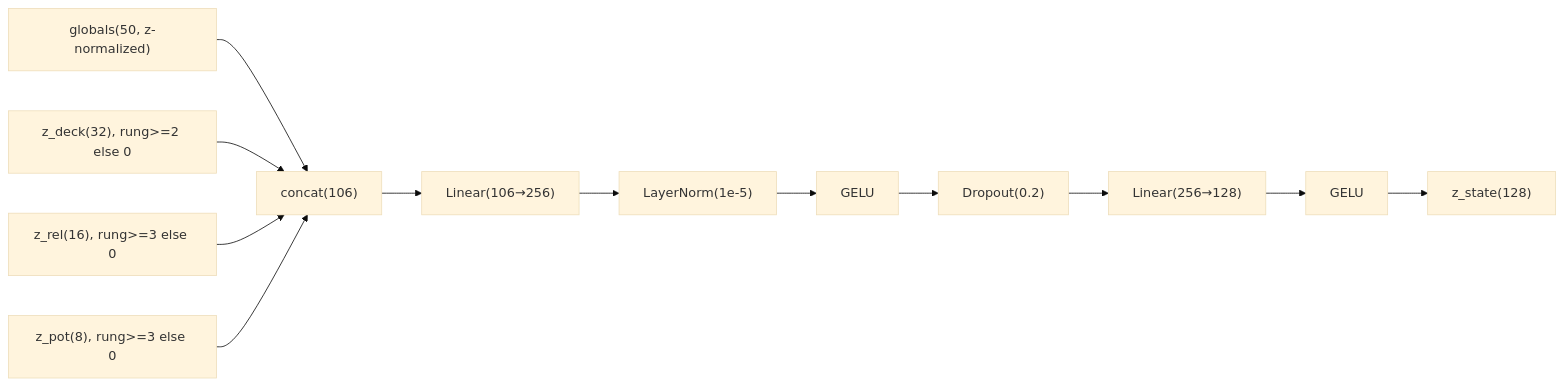
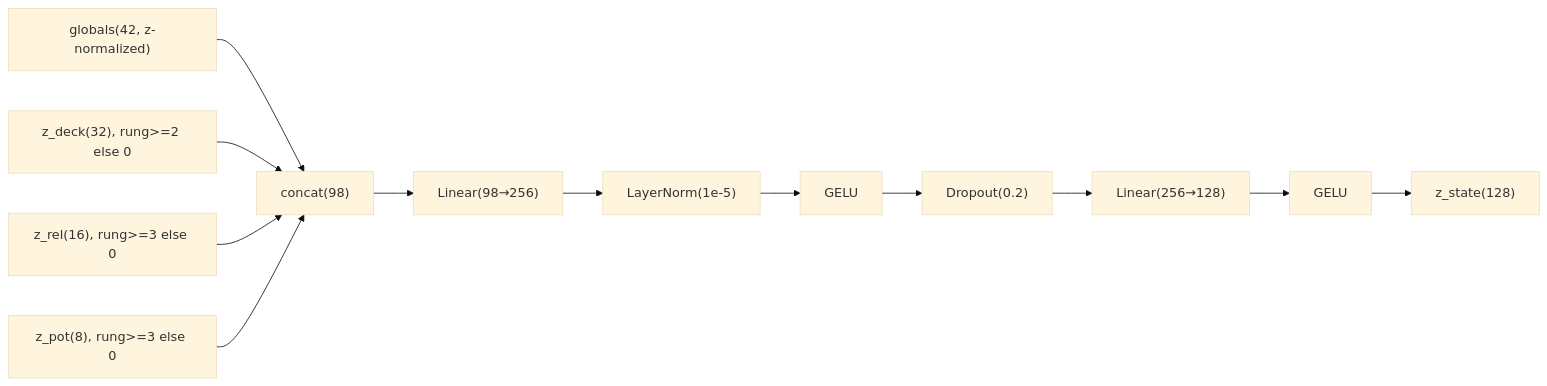
One commit to pherrman1/sts_ai changed the diagram in docs/knowledge-base/architecture/ooc-strategic-v4.md. Above: the diagram before and after it, drawn with Mermaid (base theme). The commit also changed other lines of this file and 4 other files, not shown here.

````diff
--- a/docs/knowledge-base/architecture/ooc-strategic-v4.md
+++ b/docs/knowledge-base/architecture/ooc-strategic-v4.md
@@ -143,8 +163,8 @@
 ```mermaid
 flowchart LR
-    globals["globals(50, z-normalized)"] --> concat["concat(106)"]
+    globals["globals(42, z-normalized)"] --> concat["concat(98)"]
     z_deck["z_deck(32), rung>=2 else 0"] --> concat
     z_rel["z_rel(16), rung>=3 else 0"] --> concat
     z_pot["z_pot(8), rung>=3 else 0"] --> concat
-    concat --> lin1["Linear(106→256)"] --> ln["LayerNorm(1e-5)"] --> gelu1["GELU"] --> drop["Dropout(0.2)"] --> lin2["Linear(256→128)"] --> gelu2["GELU"] --> z_state["z_state(128)"]
+    concat --> lin1["Linear(98→256)"] --> ln["LayerNorm(1e-5)"] --> gelu1["GELU"] --> drop["Dropout(0.2)"] --> lin2["Linear(256→128)"] --> gelu2["GELU"] --> z_state["z_state(128)"]
 ```
````
